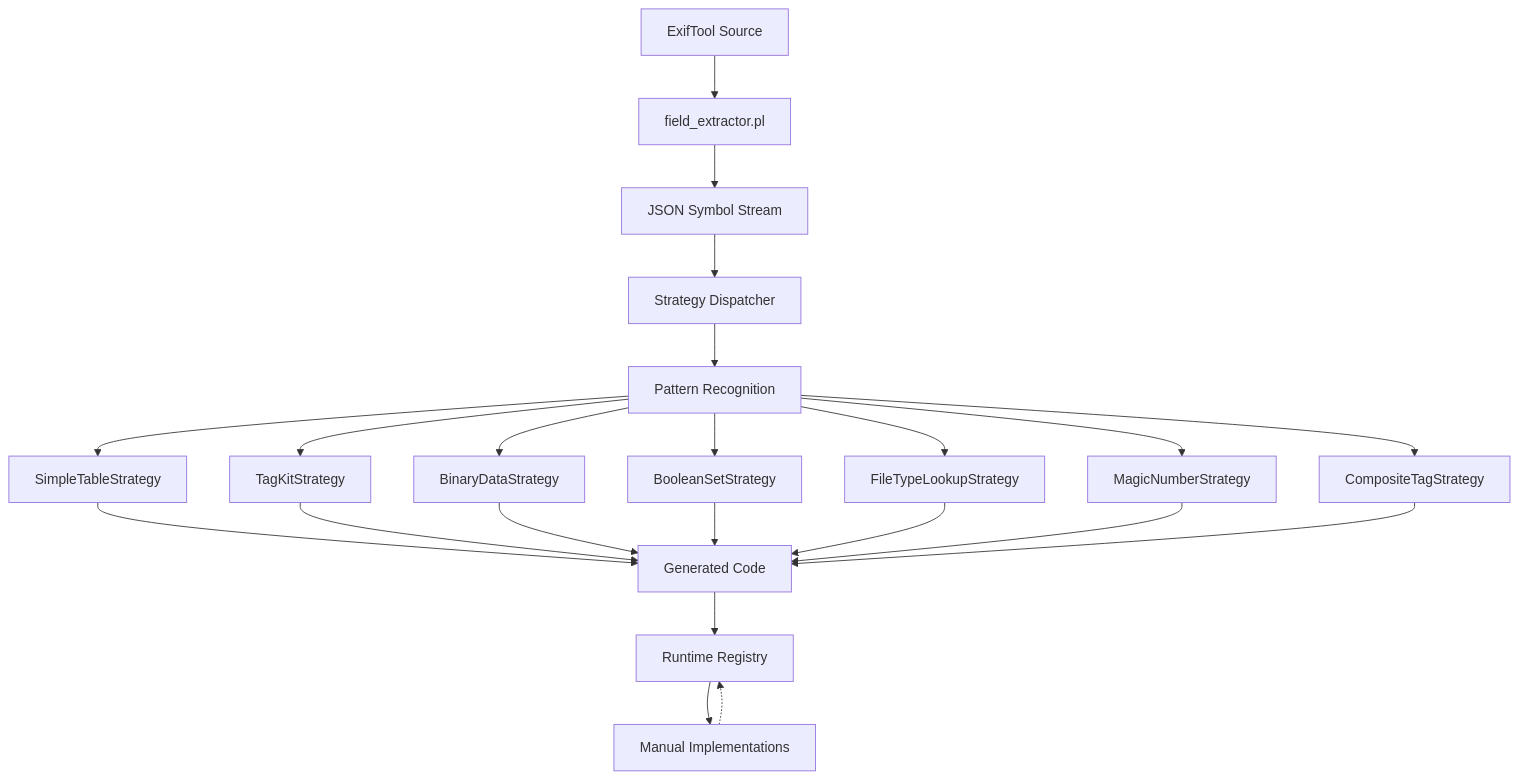
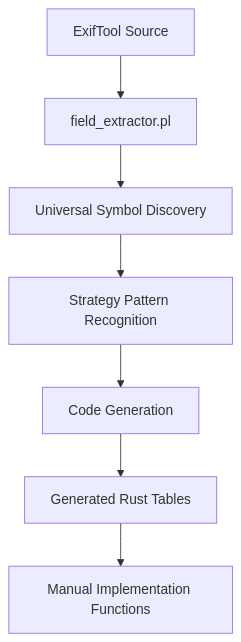
Before and after one commit to photostructure/exif-oxide: the diagram in docs/CODEGEN.md, drawn with Mermaid. The commit also changed other lines of this file and 1133 other files, not shown here.

````diff
--- a/docs/CODEGEN.md
+++ b/docs/CODEGEN.md
@@ -48,24 +37,9 @@
 ```mermaid
 flowchart TB
     A[ExifTool Source] --> B[field_extractor.pl]
-    B --> C[JSON Symbol Stream]
-    C --> D[Strategy Dispatcher]
-    D --> E[Pattern Recognition]
-    E --> F1[SimpleTableStrategy]
-    E --> F2[TagKitStrategy] 
-    E --> F3[BinaryDataStrategy]
-    E --> F4[BooleanSetStrategy]
-    E --> F5[FileTypeLookupStrategy]
-    E --> F6[MagicNumberStrategy]
-    E --> F7[CompositeTagStrategy]
-    F1 --> G[Generated Code]
-    F2 --> G
-    F3 --> G
-    F4 --> G
-    F5 --> G
-    F6 --> G
-    F7 --> G
-    G --> H[Runtime Registry]
-    H --> I[Manual Implementations]
-    I -.-> H
+    B --> C[Universal Symbol Discovery]
+    C --> D[Strategy Pattern Recognition]
+    D --> E[Code Generation]
+    E --> F[Generated Rust Tables]
+    F --> G[Manual Implementation Functions]
 ```
````
